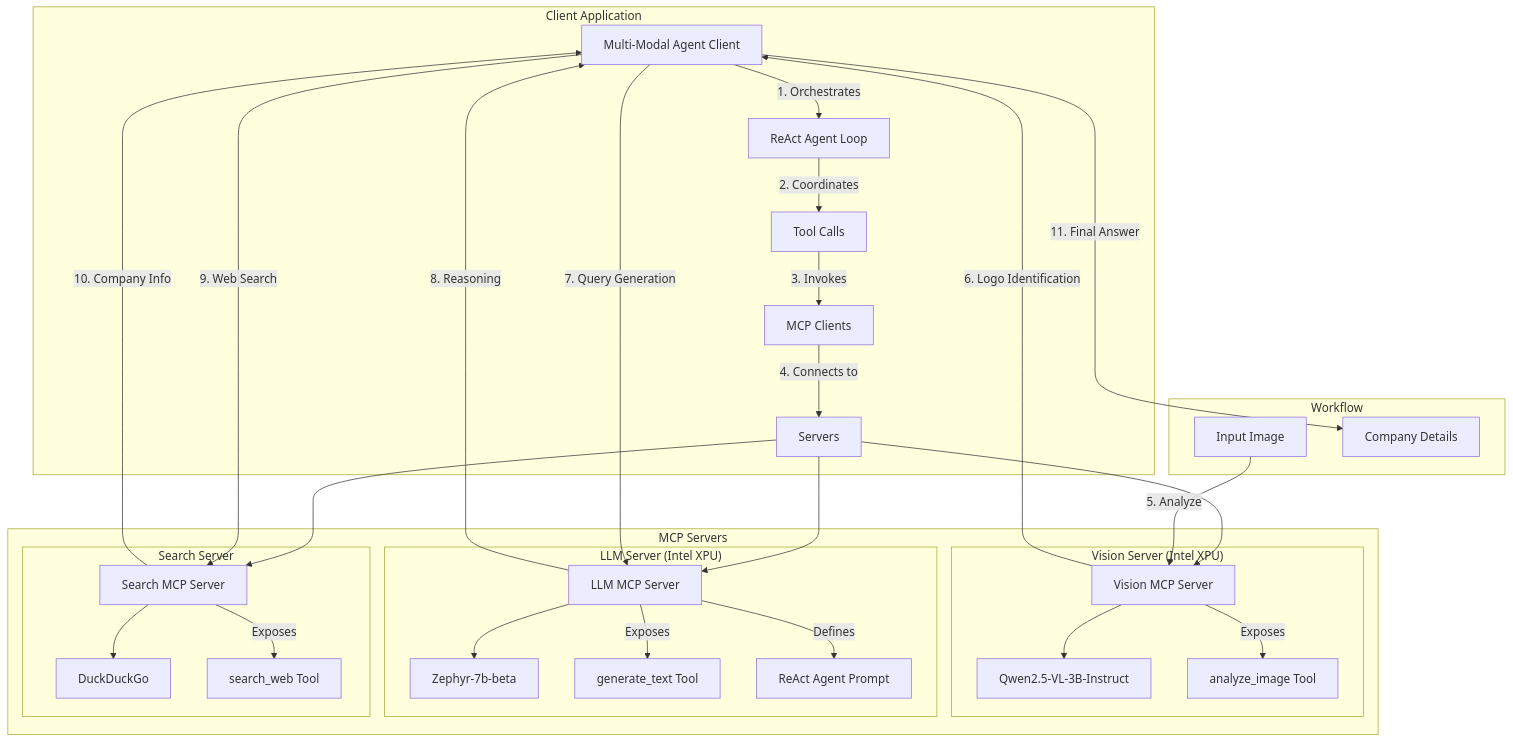
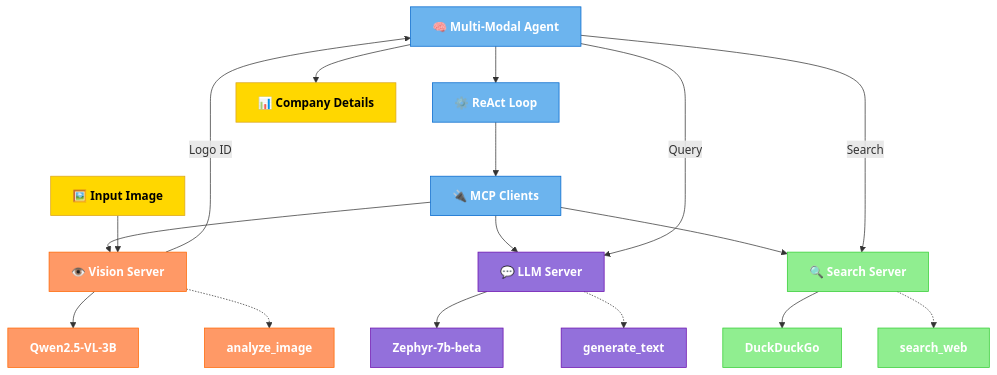
One commit to gulguluu/multi_modal_agent changed the diagram in mcp_agent/README.md. Above: the diagram before and after it, drawn with Mermaid. The commit also changed other lines of this file, not shown here.

Commit message:
Update Mermaid diagram to be more colorful, simpler, and modern

````diff
--- a/mcp_agent/README.md
+++ b/mcp_agent/README.md
@@ -21,41 +21,43 @@
 ```mermaid
-graph TD
-    subgraph "Client Application"
-        Client["Multi-Modal Agent Client"] --> |"1. Orchestrates"| AgentLoop
-        AgentLoop["ReAct Agent Loop"] --> |"2. Coordinates"| ToolCalls
-        ToolCalls["Tool Calls"] --> |"3. Invokes"| MCPClients
-        MCPClients["MCP Clients"] --> |"4. Connects to"| Servers
-    end
-
-    subgraph "MCP Servers"
-        Servers --> VisionServer
-        Servers --> LLMServer
-        Servers --> SearchServer
-        
-        subgraph "Vision Server (Intel XPU)"
-            VisionServer["Vision MCP Server"] --> VisionModel["Qwen2.5-VL-3B-Instruct"] 
-            VisionServer --> |"Exposes"| VisionTools["analyze_image Tool"]
-        end
-        
-        subgraph "LLM Server (Intel XPU)"
-            LLMServer["LLM MCP Server"] --> LLMModel["Zephyr-7b-beta"] 
-            LLMServer --> |"Exposes"| LLMTools["generate_text Tool"]
-            LLMServer --> |"Defines"| Prompts["ReAct Agent Prompt"]
-        end
-        
-        subgraph "Search Server"
-            SearchServer["Search MCP Server"] --> SearchEngine["DuckDuckGo"]
-            SearchServer --> |"Exposes"| SearchTools["search_web Tool"]
-        end
-    end
+flowchart TD
+    %% Define styles for nodes and subgraphs
+    classDef clientNode fill:#6CB4EE,stroke:#0066CC,color:white,font-weight:bold
+    classDef visionNode fill:#FF9966,stroke:#FF6600,color:white,font-weight:bold
+    classDef llmNode fill:#9370DB,stroke:#6A0DAD,color:white,font-weight:bold
+    classDef searchNode fill:#90EE90,stroke:#32CD32,color:white,font-weight:bold
+    classDef workflowNode fill:#FFD700,stroke:#DAA520,color:black,font-weight:bold
     
-    subgraph "Workflow"
-        Image["Input Image"] --> |"5. Analyze"| VisionServer
-        VisionServer --> |"6. Logo Identification"| Client
-        Client --> |"7. Query Generation"| LLMServer
-        LLMServer --> |"8. Reasoning"| Client
-        Client --> |"9. Web Search"| SearchServer
-        SearchServer --> |"10. Company Info"| Client
-        Client --> |"11. Final Answer"| Result["Company Details"]
-    end
+    %% Client Application
+    Client["🧠 Multi-Modal Agent"] --> AgentLoop["⚙️ ReAct Loop"] --> MCPClients["🔌 MCP Clients"]
+    
+    %% MCP Servers
+    MCPClients --> VisionServer["👁️ Vision Server"] 
+    MCPClients --> LLMServer["💬 LLM Server"]
+    MCPClients --> SearchServer["🔍 Search Server"]
+    
+    %% Vision Server
+    VisionServer --> VisionModel["Qwen2.5-VL-3B"] 
+    VisionServer -.-> VisionTools["analyze_image"] 
+    
+    %% LLM Server
+    LLMServer --> LLMModel["Zephyr-7b-beta"] 
+    LLMServer -.-> LLMTools["generate_text"] 
+    
+    %% Search Server
+    SearchServer --> SearchEngine["DuckDuckGo"] 
+    SearchServer -.-> SearchTools["search_web"] 
+    
+    %% Workflow
+    Image["🖼️ Input Image"] --> VisionServer
+    VisionServer --> |"Logo ID"| Client
+    Client --> |"Query"| LLMServer
+    Client --> |"Search"| SearchServer
+    Client --> Result["📊 Company Details"]
+    
+    %% Apply styles
+    class Client,AgentLoop,MCPClients clientNode
+    class VisionServer,VisionModel,VisionTools visionNode
+    class LLMServer,LLMModel,LLMTools llmNode
+    class SearchServer,SearchEngine,SearchTools searchNode
+    class Image,Result workflowNode
 ```
````
